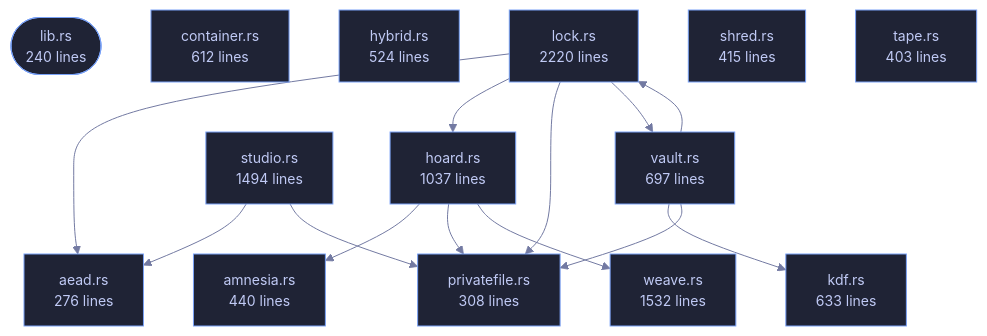
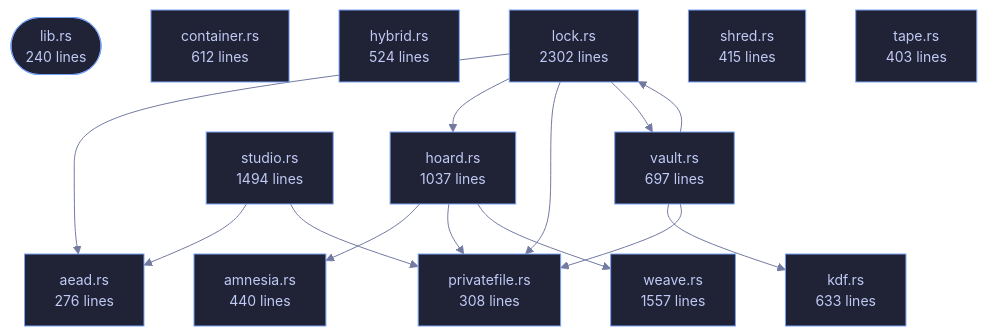
One commit to tilas01/veilvoice changed the diagram in crates/veilvoice-crypto/README.md. Above: the diagram before and after it, drawn with Mermaid. The commit also changed other lines of this file and 19 other files, not shown here.

````diff
--- a/crates/veilvoice-crypto/README.md
+++ b/crates/veilvoice-crypto/README.md
@@ -108,44 +108,44 @@
 ```mermaid
 %%{init: {"theme":"base","themeVariables":{"background":"#1a1b26","primaryColor":"#1f2335","primaryTextColor":"#c0caf5","primaryBorderColor":"#7aa2f7","secondaryColor":"#16161e","tertiaryColor":"#16161e","lineColor":"#737aa2","textColor":"#c0caf5","mainBkg":"#1f2335","nodeBorder":"#7aa2f7","clusterBkg":"#16161e","clusterBorder":"#2f3549","fontFamily":"ui-monospace, SFMono-Regular, Consolas, monospace","fontSize":"14px"}}}%%
 flowchart TD
     n_lib(["lib.rs<br/>240 lines"])
     n_aead["aead.rs<br/>276 lines"]
     n_amnesia["amnesia.rs<br/>440 lines"]
     n_container["container.rs<br/>612 lines"]
     n_hoard["hoard.rs<br/>1037 lines"]
     n_hybrid["hybrid.rs<br/>524 lines"]
     n_kdf["kdf.rs<br/>633 lines"]
-    n_lock["lock.rs<br/>2220 lines"]
+    n_lock["lock.rs<br/>2302 lines"]
     n_privatefile["privatefile.rs<br/>308 lines"]
     n_shred["shred.rs<br/>415 lines"]
     n_studio["studio.rs<br/>1494 lines"]
     n_tape["tape.rs<br/>403 lines"]
     n_vault["vault.rs<br/>697 lines"]
-    n_weave["weave.rs<br/>1532 lines"]
+    n_weave["weave.rs<br/>1557 lines"]
     n_hoard --> n_amnesia
     n_hoard --> n_privatefile
     n_hoard --> n_weave
     n_lock --> n_aead
     n_lock --> n_hoard
     n_lock --> n_privatefile
     n_lock --> n_vault
     n_studio --> n_aead
     n_studio --> n_privatefile
     n_vault --> n_kdf
     n_vault --> n_lock
     n_vault --> n_privatefile
     click n_lib href "https://github.com/tilas01/veilvoice/blob/main/crates/veilvoice-crypto/src/lib.rs" "open the source"
     click n_aead href "https://github.com/tilas01/veilvoice/blob/main/crates/veilvoice-crypto/src/aead.rs" "open the source"
     click n_amnesia href "https://github.com/tilas01/veilvoice/blob/main/crates/veilvoice-crypto/src/amnesia.rs" "open the source"
     click n_container href "https://github.com/tilas01/veilvoice/blob/main/crates/veilvoice-crypto/src/container.rs" "open the source"
     click n_hoard href "https://github.com/tilas01/veilvoice/blob/main/crates/veilvoice-crypto/src/hoard.rs" "open the source"
     click n_hybrid href "https://github.com/tilas01/veilvoice/blob/main/crates/veilvoice-crypto/src/hybrid.rs" "open the source"
     click n_kdf href "https://github.com/tilas01/veilvoice/blob/main/crates/veilvoice-crypto/src/kdf.rs" "open the source"
     click n_lock href "https://github.com/tilas01/veilvoice/blob/main/crates/veilvoice-crypto/src/lock.rs" "open the source"
     click n_privatefile href "https://github.com/tilas01/veilvoice/blob/main/crates/veilvoice-crypto/src/privatefile.rs" "open the source"
     click n_shred href "https://github.com/tilas01/veilvoice/blob/main/crates/veilvoice-crypto/src/shred.rs" "open the source"
     click n_studio href "https://github.com/tilas01/veilvoice/blob/main/crates/veilvoice-crypto/src/studio.rs" "open the source"
     click n_tape href "https://github.com/tilas01/veilvoice/blob/main/crates/veilvoice-crypto/src/tape.rs" "open the source"
     click n_vault href "https://github.com/tilas01/veilvoice/blob/main/crates/veilvoice-crypto/src/vault.rs" "open the source"
     click n_weave href "https://github.com/tilas01/veilvoice/blob/main/crates/veilvoice-crypto/src/weave.rs" "open the source"
 ```
````
